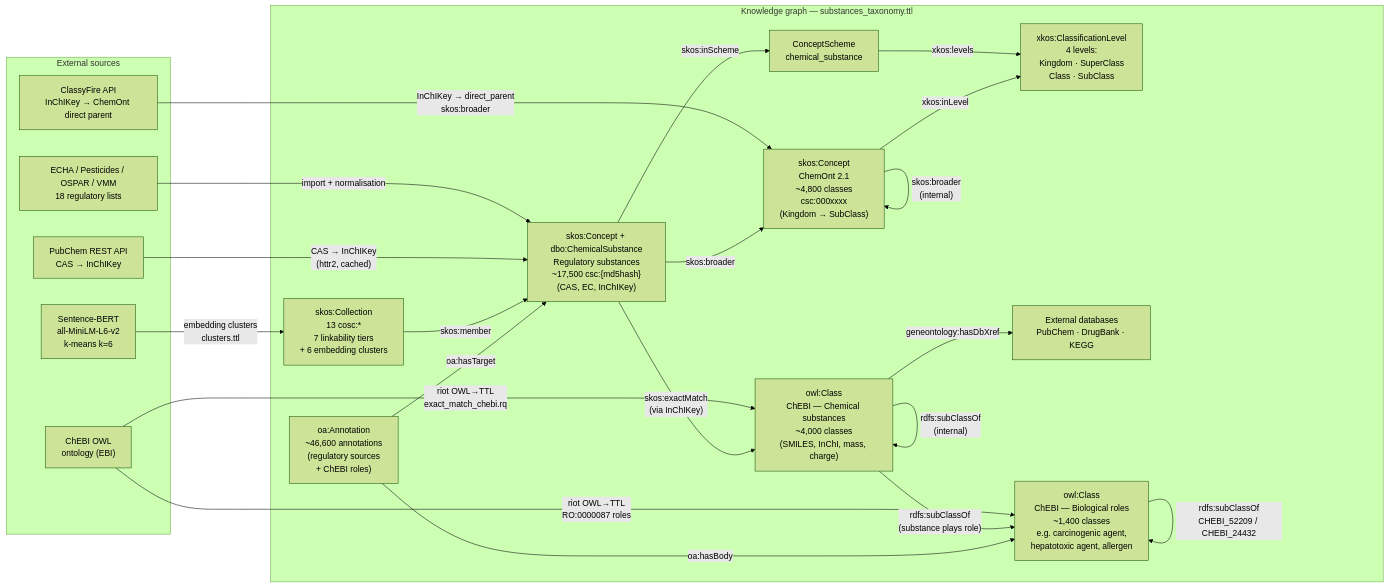
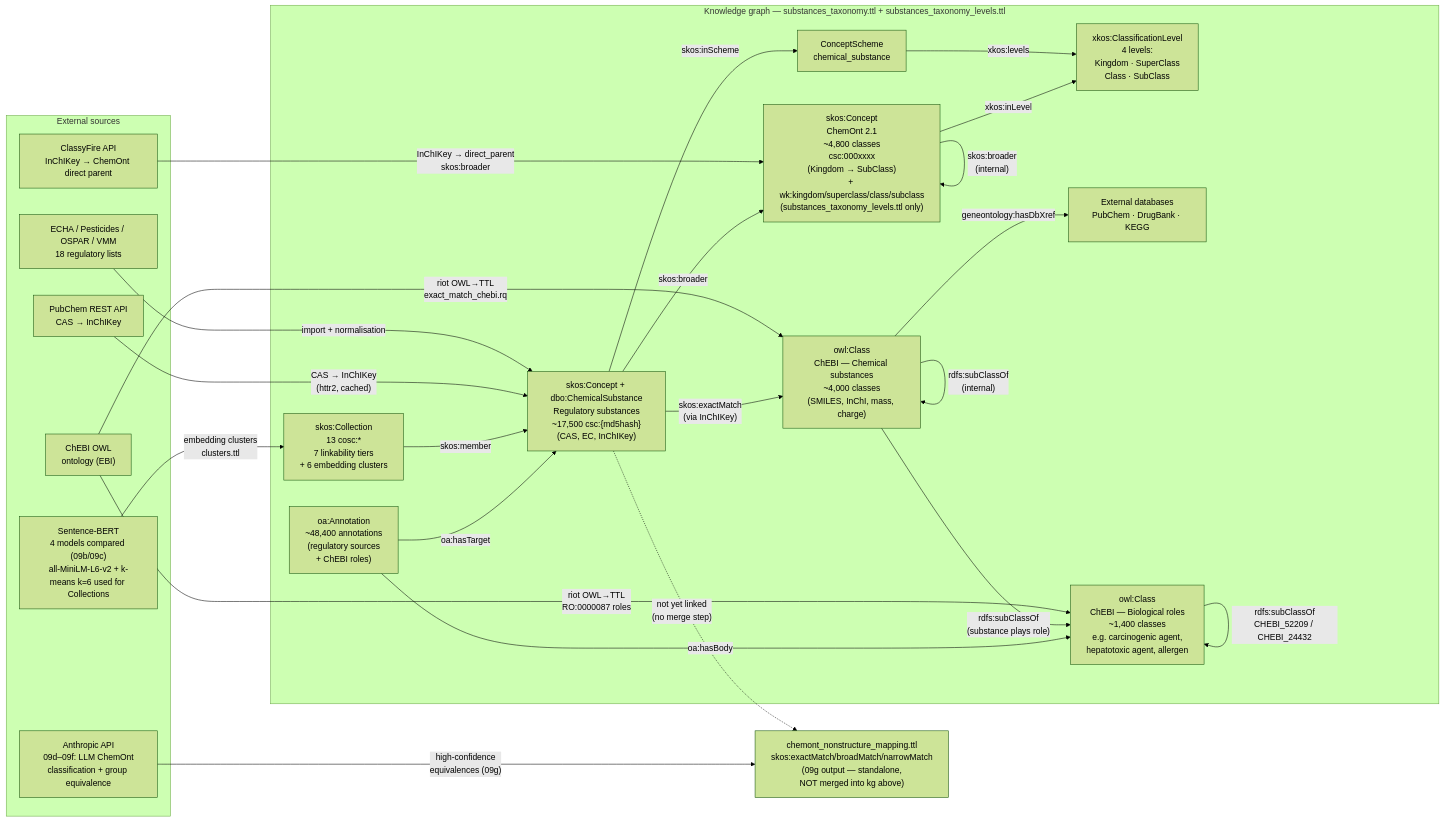
Before and after one commit to gezever/A-Substance-Is-Not-Always-a-Substance: the diagram in README.md, drawn with Mermaid (forest theme). The commit also changed other lines of this file, not shown here.

````diff
--- a/README.md
+++ b/README.md
@@ -141,53 +152,58 @@
 ```mermaid
 graph LR
   subgraph ext["External sources"]
     ECHA["ECHA / Pesticides / OSPAR / VMM\n18 regulatory lists"]
     PubChem["PubChem REST API\nCAS → InChIKey"]
     ClassyFire_src["ClassyFire API\nInChIKey → ChemOnt direct parent"]
     ChEBI_src["ChEBI OWL\nontology (EBI)"]
-    BERT["Sentence-BERT\nall-MiniLM-L6-v2\nk-means k=6"]
+    BERT["Sentence-BERT\n4 models compared (09b/09c)\nall-MiniLM-L6-v2 + k-means k=6 used for Collections"]
+    LLM["Anthropic API\n09d–09f: LLM ChemOnt\nclassification + group equivalence"]
   end
 
-  subgraph kg["Knowledge graph — substances_taxonomy.ttl"]
+  subgraph kg["Knowledge graph — substances_taxonomy.ttl + substances_taxonomy_levels.ttl"]
     Scheme["ConceptScheme\nchemical_substance"]
 
     Substances["skos:Concept + dbo:ChemicalSubstance\nRegulatory substances\n~17,500 csc:{md5hash}\n(CAS, EC, InChIKey)"]
 
-    ChemOnt["skos:Concept\nChemOnt 2.1\n~4,800 classes\ncsc:000xxxx\n(Kingdom → SubClass)"]
+    ChemOnt["skos:Concept\nChemOnt 2.1\n~4,800 classes\ncsc:000xxxx\n(Kingdom → SubClass)\n+ wk:kingdom/superclass/class/subclass\n(substances_taxonomy_levels.ttl only)"]
 
     XKOS["xkos:ClassificationLevel\n4 levels:\nKingdom · SuperClass\nClass · SubClass"]
 
     Collections["skos:Collection\n13 cosc:*\n7 linkability tiers\n+ 6 embedding clusters"]
 
     ChEBI_stof["owl:Class\nChEBI — Chemical substances\n~4,000 classes\n(SMILES, InChI, mass, charge)"]
 
     ChEBI_rol["owl:Class\nChEBI — Biological roles\n~1,400 classes\ne.g. carcinogenic agent,\nhepatotoxic agent, allergen"]
 
-    Annotations["oa:Annotation\n~46,600 annotations\n(regulatory sources\n+ ChEBI roles)"]
+    Annotations["oa:Annotation\n~48,400 annotations\n(regulatory sources\n+ ChEBI roles)"]
 
     ExtDB["External databases\nPubChem · DrugBank · KEGG"]
   end
+
+  LLMMap["chemont_nonstructure_mapping.ttl\nskos:exactMatch/broadMatch/narrowMatch\n(09g output — standalone,\nNOT merged into kg above)"]
 
   %% External sources → knowledge graph
   ECHA -->|"import + normalisation"| Substances
   PubChem -->|"CAS → InChIKey\n(httr2, cached)"| Substances
   ClassyFire_src -->|"InChIKey → direct_parent\nskos:broader"| ChemOnt
   ChEBI_src -->|"riot OWL→TTL\nexact_match_chebi.rq"| ChEBI_stof
   ChEBI_src -->|"riot OWL→TTL\nRO:0000087 roles"| ChEBI_rol
   BERT -->|"embedding clusters\nclusters.ttl"| Collections
+  LLM -->|"high-confidence\nequivalences (09g)"| LLMMap
+  Substances -.->|"not yet linked\n(no merge step)"| LLMMap
 
   %% Within the knowledge graph
   Substances -->|"skos:inScheme"| Scheme
   Substances -->|"skos:broader"| ChemOnt
   Substances -->|"skos:exactMatch\n(via InChIKey)"| ChEBI_stof
   Collections -->|"skos:member"| Substances
   ChemOnt -->|"skos:broader\n(internal)"| ChemOnt
   Scheme -->|"xkos:levels"| XKOS
   ChemOnt -->|"xkos:inLevel"| XKOS
   ChEBI_stof -->|"rdfs:subClassOf\n(internal)"| ChEBI_stof
   ChEBI_stof -->|"rdfs:subClassOf\n(substance plays role)"| ChEBI_rol
   ChEBI_rol -->|"rdfs:subClassOf\nCHEBI_52209 / CHEBI_24432"| ChEBI_rol
   ChEBI_stof -->|"geneontology:hasDbXref"| ExtDB
   Annotations -->|"oa:hasTarget"| Substances
   Annotations -->|"oa:hasBody"| ChEBI_rol
 ```
````
